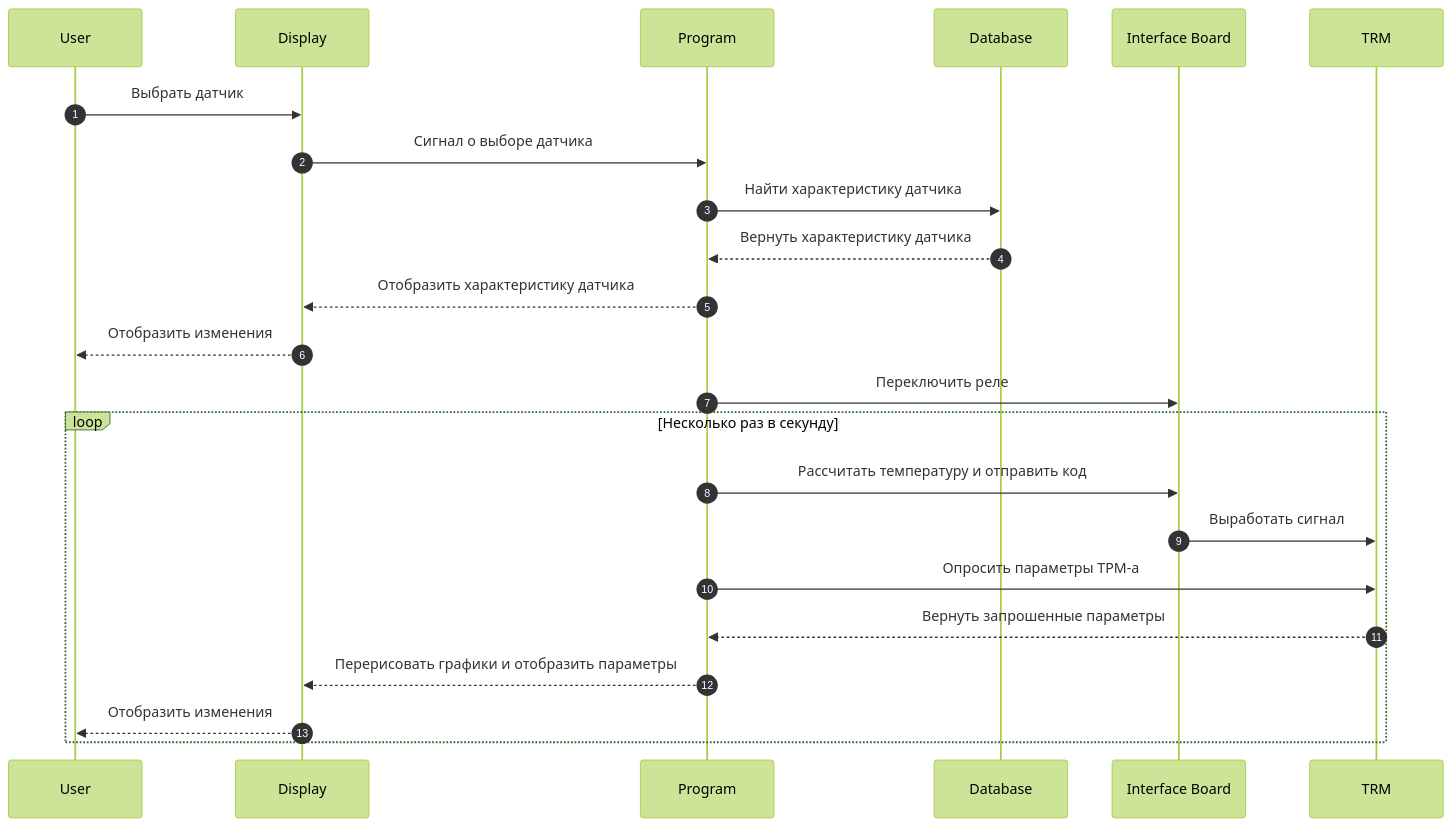
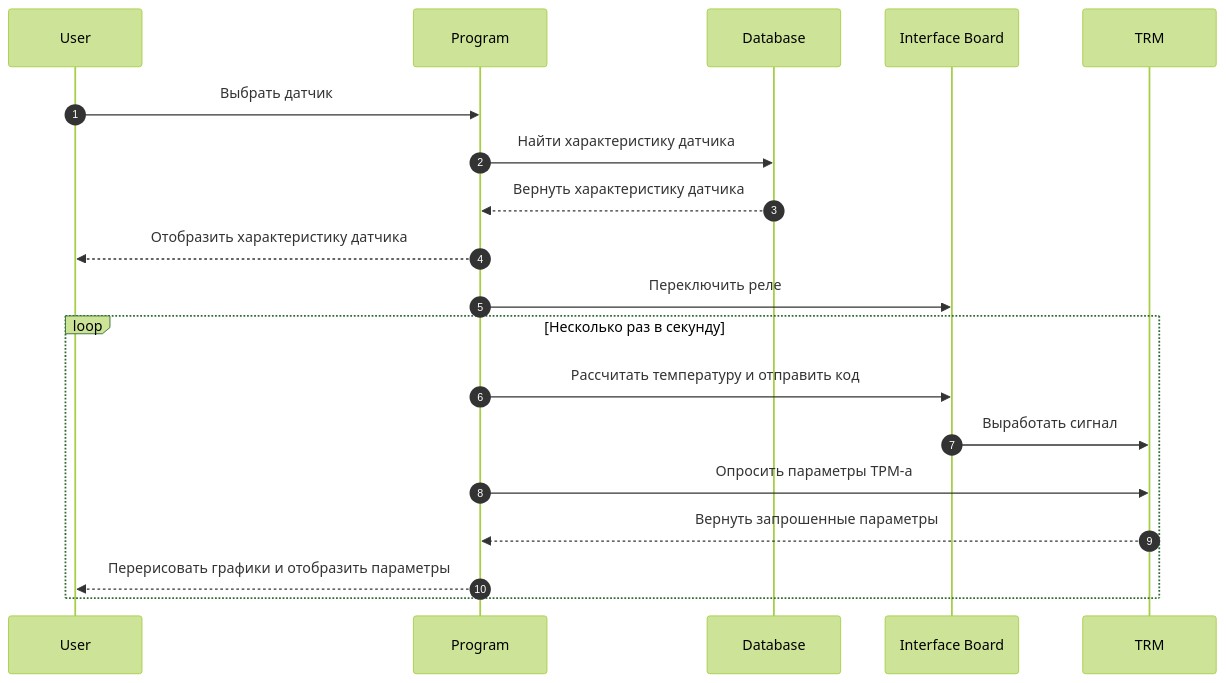
Before and after one commit to Marik28/dissertation: the diagram in data/diagrams/последовательность.md, drawn with Mermaid (forest theme).

````diff
--- a/data/diagrams/последовательность.md
+++ b/data/diagrams/последовательность.md
@@ -1,25 +1,21 @@
 ```mermaid
 sequenceDiagram
     autonumber
     participant User
-    participant Display
     participant Program
     participant Database
     participant Interface Board
     participant TRM
-    User ->> Display: Выбрать датчик
-    Display ->> Program: Сигнал о выборе датчика
+    User ->> Program: Выбрать датчик
     Program ->> Database: Найти характеристику датчика
     Database -->> Program: Вернуть характеристику датчика
-    Program -->> Display: Отобразить характеристику датчика
-    Display -->> User: Отобразить изменения
+    Program -->> User: Отобразить характеристику датчика
     Program ->> Interface Board: Переключить реле
     loop Несколько раз в секунду
         Program ->> Interface Board: Расcчитать температуру и отправить код
         Interface Board ->> TRM: Выработать сигнал
         Program ->> TRM: Опросить параметры ТРМ-а
         TRM -->> Program: Вернуть запрошенные параметры
-        Program -->> Display: Перерисовать графики и отобразить параметры
-        Display -->> User: Отобразить изменения
+        Program -->> User: Перерисовать графики и отобразить параметры
     end
 ```
````
